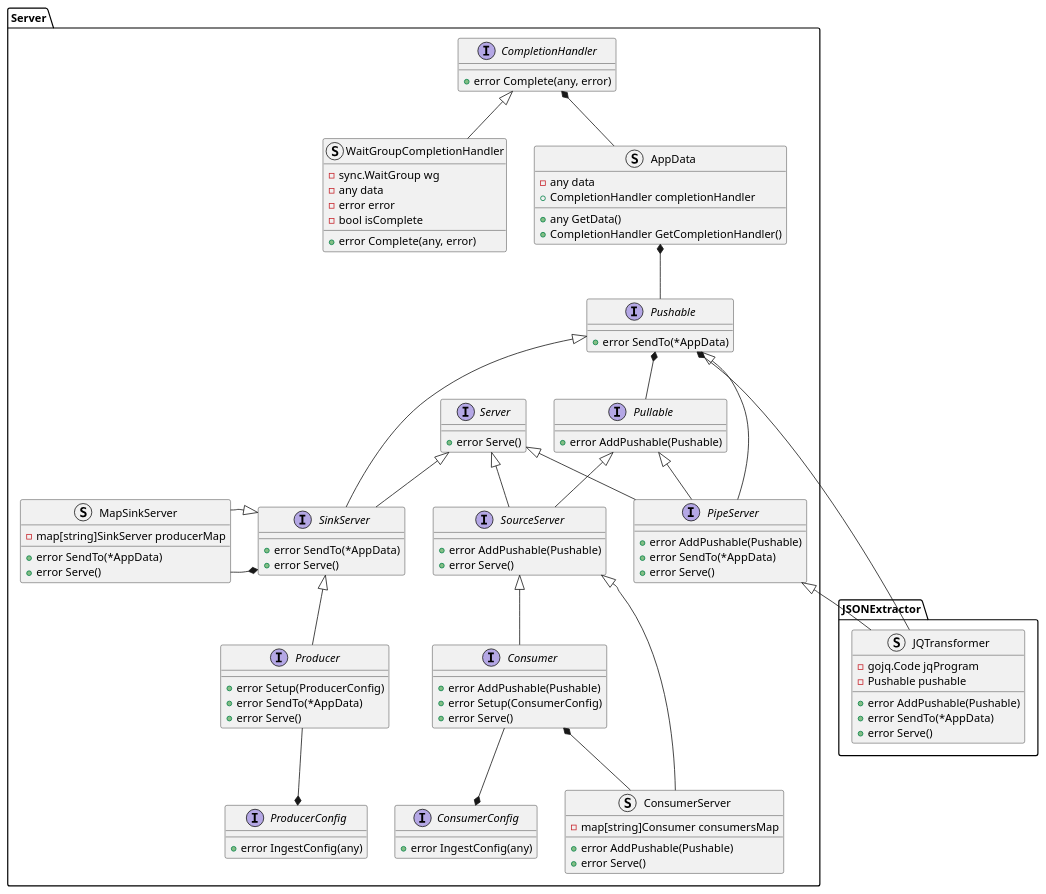
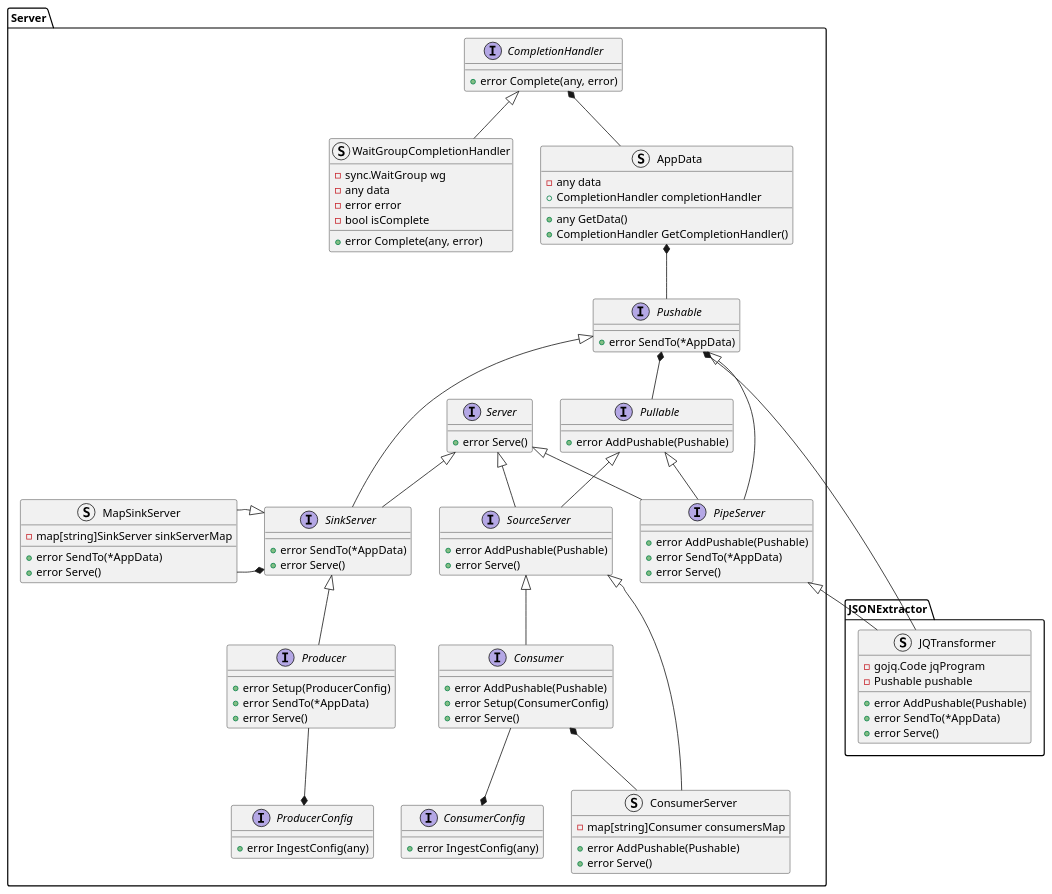
One commit to xtuml/otel2pv changed the diagram in docs/design_notes/DN1_JSON_Extractor/class_diagram.puml. Above: the diagram before and after it, drawn with PlantUML. The commit also changed 3 other files, not shown here.

First line of the commit message:
Cdsopv 67 create map sink server base struct (#34)

```diff
--- a/docs/design_notes/DN1_JSON_Extractor/class_diagram.puml
+++ b/docs/design_notes/DN1_JSON_Extractor/class_diagram.puml
@@ -1,102 +1,102 @@
 @startuml
 namespace JSONExtractor {
     struct JQTransformer {
         -gojq.Code jqProgram
         -Pushable pushable
         +error AddPushable(Pushable)
         +error SendTo(*AppData)
         +error Serve()
     }
 }
 namespace Server {
     interface CompletionHandler {
         +error Complete(any, error)
     }
     struct WaitGroupCompletionHandler {
         -sync.WaitGroup wg
         -any data
         -error error
         -bool isComplete
         +error Complete(any, error)
     }
     struct AppData {
         -any data
         +CompletionHandler completionHandler
         +any GetData()
         +CompletionHandler GetCompletionHandler()
     }
     interface Server {
         +error Serve()
     }
     interface Pullable {
         +error AddPushable(Pushable)
     }
     interface Pushable {
         +error SendTo(*AppData)
     }
     interface SourceServer {
         +error AddPushable(Pushable)
         +error Serve()
     }
     interface SinkServer {
         +error SendTo(*AppData)
         +error Serve()
     }
     interface PipeServer {
         +error AddPushable(Pushable)
         +error SendTo(*AppData)
         +error Serve()
     }
     interface Producer {
         +error Setup(ProducerConfig)
         +error SendTo(*AppData)
         +error Serve()
     }
     interface Consumer {
         +error AddPushable(Pushable)
         +error Setup(ConsumerConfig)
         +error Serve()
     }
     struct MapSinkServer {
-        -map[string]SinkServer producerMap
+        -map[string]SinkServer sinkServerMap
         +error SendTo(*AppData)
         +error Serve()
     }
     struct ConsumerServer {
         -map[string]Consumer consumersMap
         +error AddPushable(Pushable)
         +error Serve()
     }
     interface ProducerConfig {
         +error IngestConfig(any)
     }
     interface ConsumerConfig {
         +error IngestConfig(any)
     }
 }
 Server.CompletionHandler <|-- Server.WaitGroupCompletionHandler
 Server.CompletionHandler *-- Server.AppData
 Server.AppData *-- Server.Pushable
 Server.Server <|-- Server.SourceServer
 Server.Pushable *-- Server.Pullable
 Server.Pullable <|-- Server.SourceServer
 Server.Server <|-- Server.SinkServer
 Server.Pushable <|-- Server.SinkServer
 Server.Pushable <|-- Server.PipeServer
 Server.Pullable <|-- Server.PipeServer
 Server.Server <|-- Server.PipeServer
 
 Server.SinkServer <|-- Server.Producer
 Server.SinkServer *-left- Server.MapSinkServer
 Server.SinkServer <|-left- Server.MapSinkServer
 Server.SourceServer <|-- Server.ConsumerServer
 Server.Consumer *-- Server.ConsumerServer
 Server.SourceServer <|-- Server.Consumer
 
 Server.PipeServer <|-- JSONExtractor.JQTransformer
 Server.Pushable *-- JSONExtractor.JQTransformer
 
 
 Server.ConsumerConfig *-up- Server.Consumer
 Server.ProducerConfig *-up- Server.Producer
 @enduml
```
